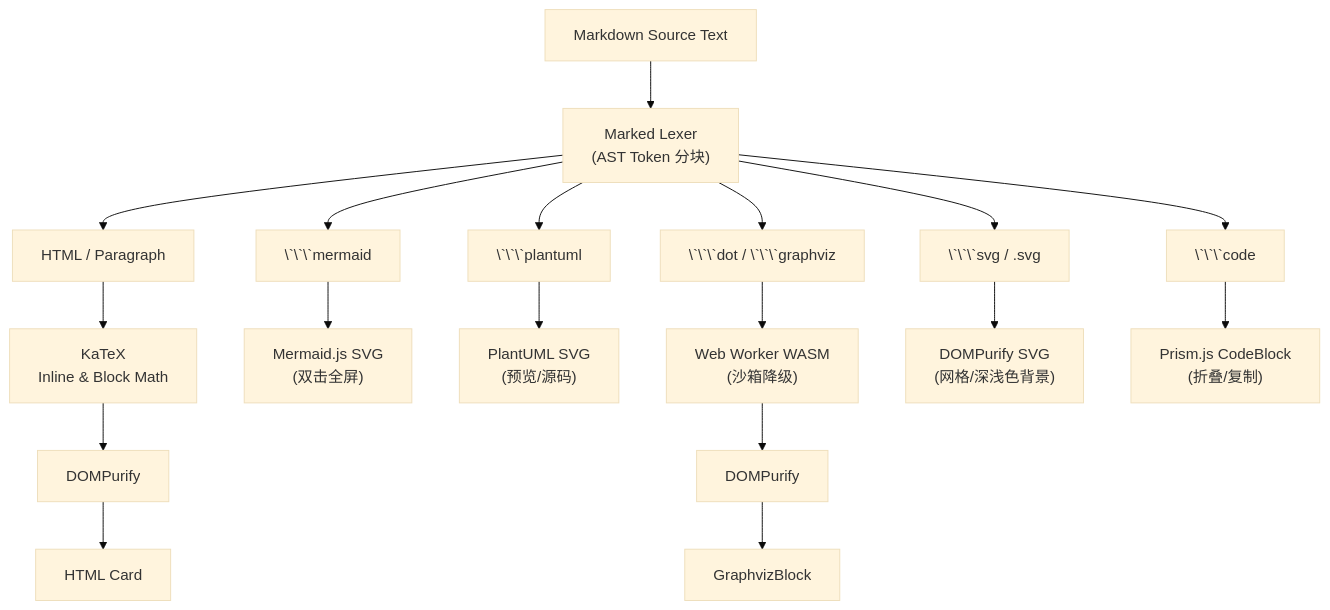
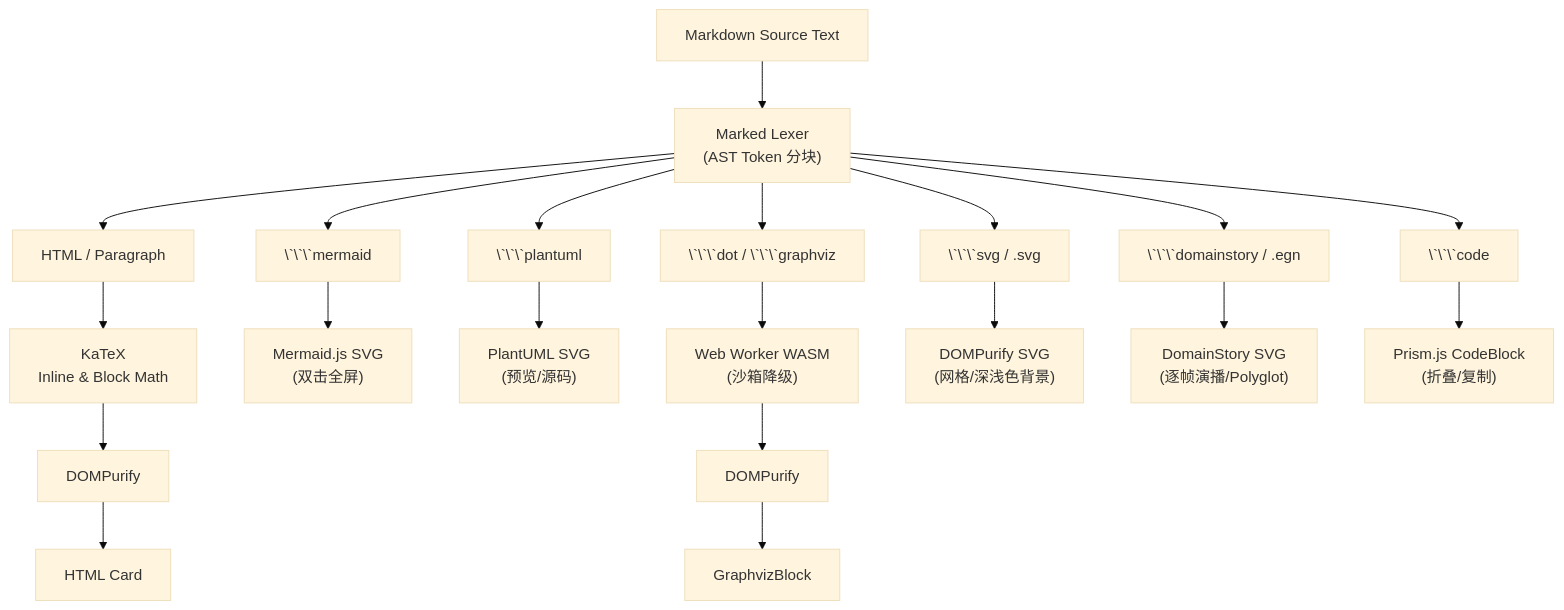
The second of 2 diagrams in docs/architecture.md (fsyyzz/OmniView-Open), drawn with Mermaid (base theme) before and after one commit. The commit also changed other lines of this file and 10 other files, not shown here.

````diff
--- a/docs/architecture.md
+++ b/docs/architecture.md
@@ -53,25 +54,27 @@
 ```mermaid
 flowchart TD
     Src["Markdown Source Text"]
     Lex["Marked Lexer<br/>(AST Token 分块)"]
     Src --> Lex
 
     Lex --> HTML["HTML / Paragraph"]
     Lex --> Mm["\`\`\`mermaid"]
     Lex --> PU["\`\`\`plantuml"]
     Lex --> GV["\`\`\`dot / \`\`\`graphviz"]
     Lex --> SVG["\`\`\`svg / .svg"]
+    Lex --> DS["\`\`\`domainstory / .egn"]
     Lex --> Code["\`\`\`code"]
 
     HTML --> K["KaTeX<br/>Inline & Block Math"]
     K --> DP1["DOMPurify"]
     DP1 --> Card["HTML Card"]
 
     Mm --> MmR["Mermaid.js SVG<br/>(双击全屏)"]
     PU --> PUR["PlantUML SVG<br/>(预览/源码)"]
     GV --> GVW["Web Worker WASM<br/>(沙箱降级)"]
     GVW --> DP2["DOMPurify"]
     DP2 --> GVB["GraphvizBlock"]
     SVG --> SVGDP["DOMPurify SVG<br/>(网格/深浅色背景)"]
+    DS --> DSR["DomainStory SVG<br/>(逐帧演播/Polyglot)"]
     Code --> PC["Prism.js CodeBlock<br/>(折叠/复制)"]
 ```
````
